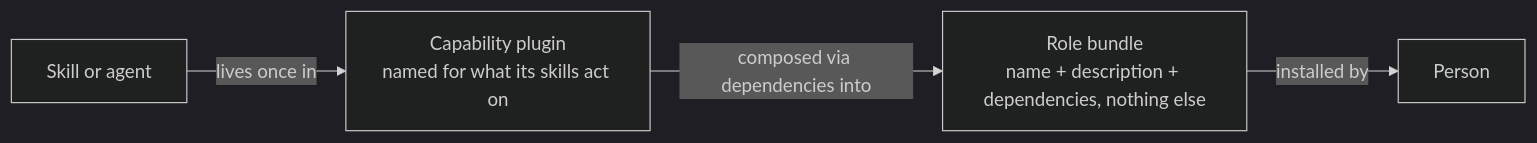
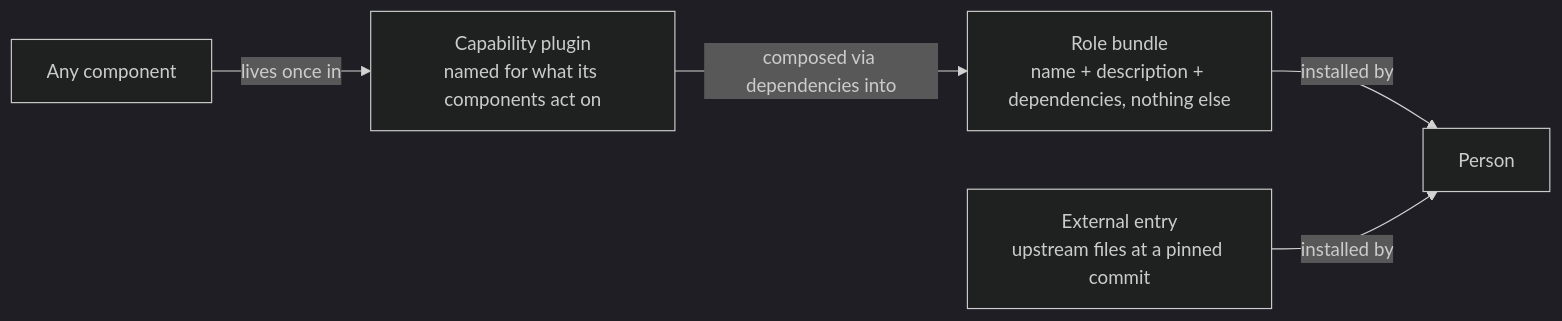
The first of 3 diagrams in docs/architecture/adr/0035-adopt-ai-plugin-taxonomy.md (bitwarden/contributing-docs), drawn with Mermaid (dark theme) before and after one commit. The commit also changed other lines of this file, not shown here.

First line of the commit message:
Name the third kind of entry and stop enumerating component types

````diff
--- a/docs/architecture/adr/0035-adopt-ai-plugin-taxonomy.md
+++ b/docs/architecture/adr/0035-adopt-ai-plugin-taxonomy.md
@@ -75,6 +76,7 @@
 ```mermaid
 flowchart LR
-    Skill["Skill or agent"] -->|lives once in| Cap["Capability plugin<br/>named for what its skills act on"]
+    Comp["Any component"] -->|lives once in| Cap["Capability plugin<br/>named for what its components act on"]
     Cap -->|composed via dependencies into| Bundle["Role bundle<br/>name + description + dependencies, nothing else"]
     Bundle -->|installed by| Person["Person"]
+    Ext["External entry<br/>upstream files at a pinned commit"] -->|installed by| Person
 ```
````
